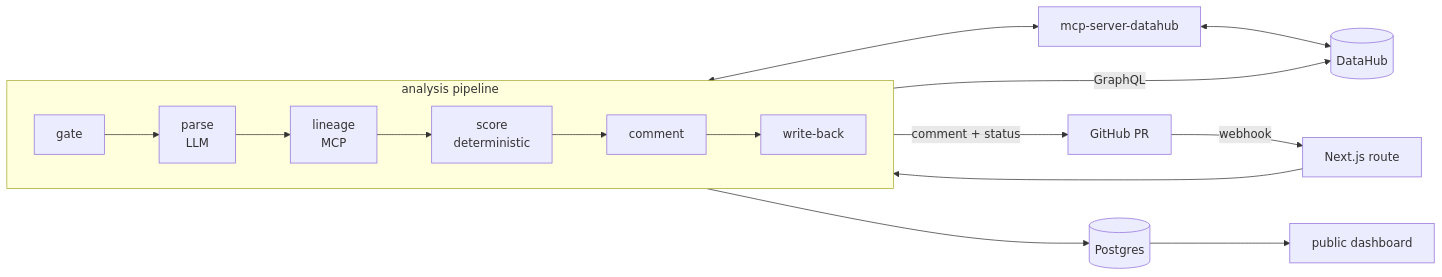
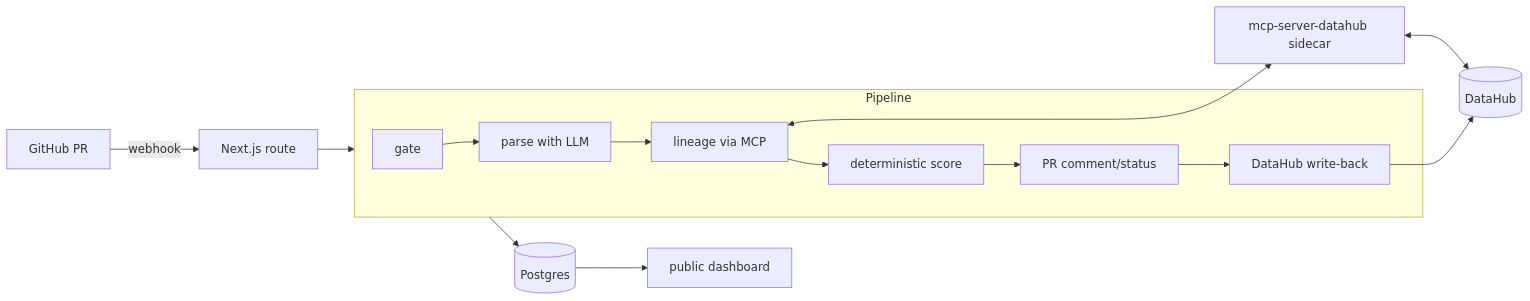
Before and after one commit to mystiquemide/threxa: the diagram in README.md, drawn with Mermaid. The commit also changed other lines of this file, not shown here.

````diff
--- a/README.md
+++ b/README.md
@@ -32,16 +77,13 @@
 ```mermaid
 flowchart LR
   GH[GitHub PR] -->|webhook| W[Next.js route]
-  W --> P[pipeline]
-  subgraph P[analysis pipeline]
-    direction LR
-    G[gate] --> PA[parse
-LLM] --> L[lineage
-MCP] --> S[score
-deterministic] --> C[comment] --> WB[write-back]
+  W --> P[analysis pipeline]
+  subgraph P[Pipeline]
+    G[gate] --> PA[parse with LLM] --> L[lineage via MCP] --> S[deterministic score] --> C[PR comment/status] --> WB[DataHub write-back]
   end
-  L <--> MCP[mcp-server-datahub] <--> DH[(DataHub)]
-  WB -->|GraphQL| DH
-  C -->|comment + status| GH
-  P --> DB[(Postgres)] --> DASH[public dashboard]
+  L <--> MCP[mcp-server-datahub sidecar]
+  MCP <--> DH[(DataHub)]
+  WB --> DH
+  P --> DB[(Postgres)]
+  DB --> DASH[public dashboard]
 ```
````
